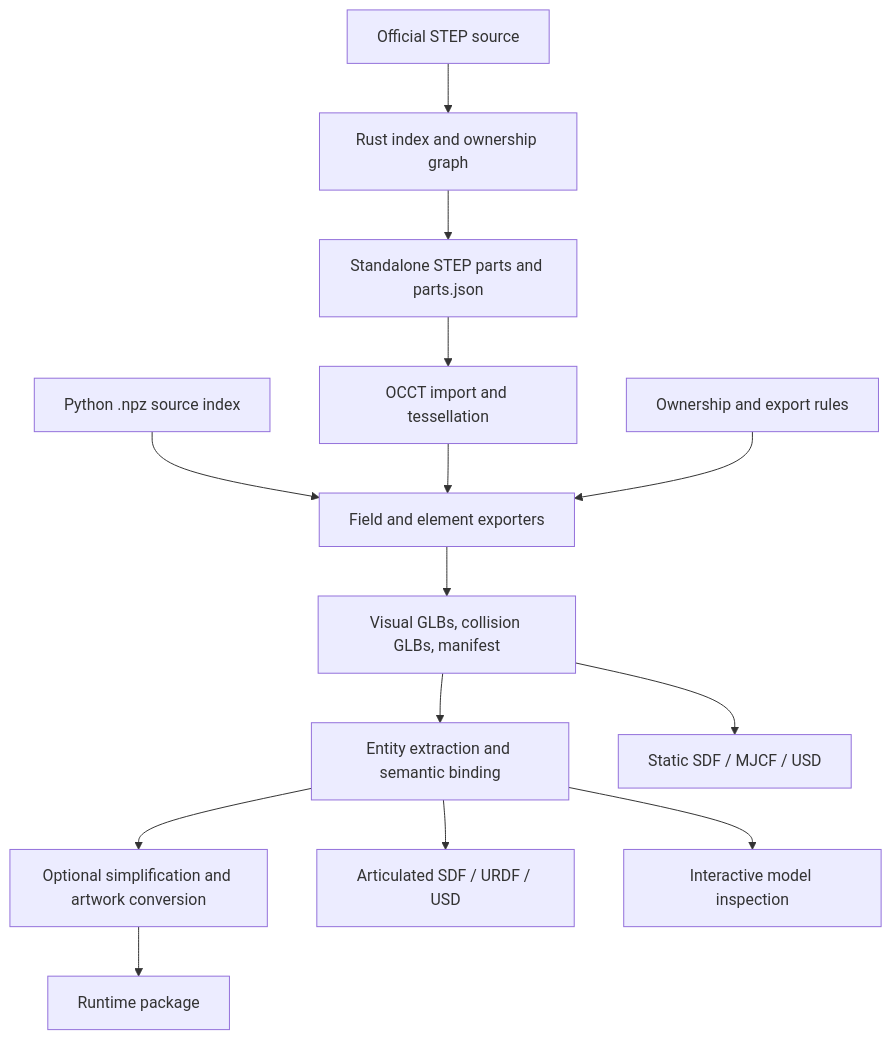
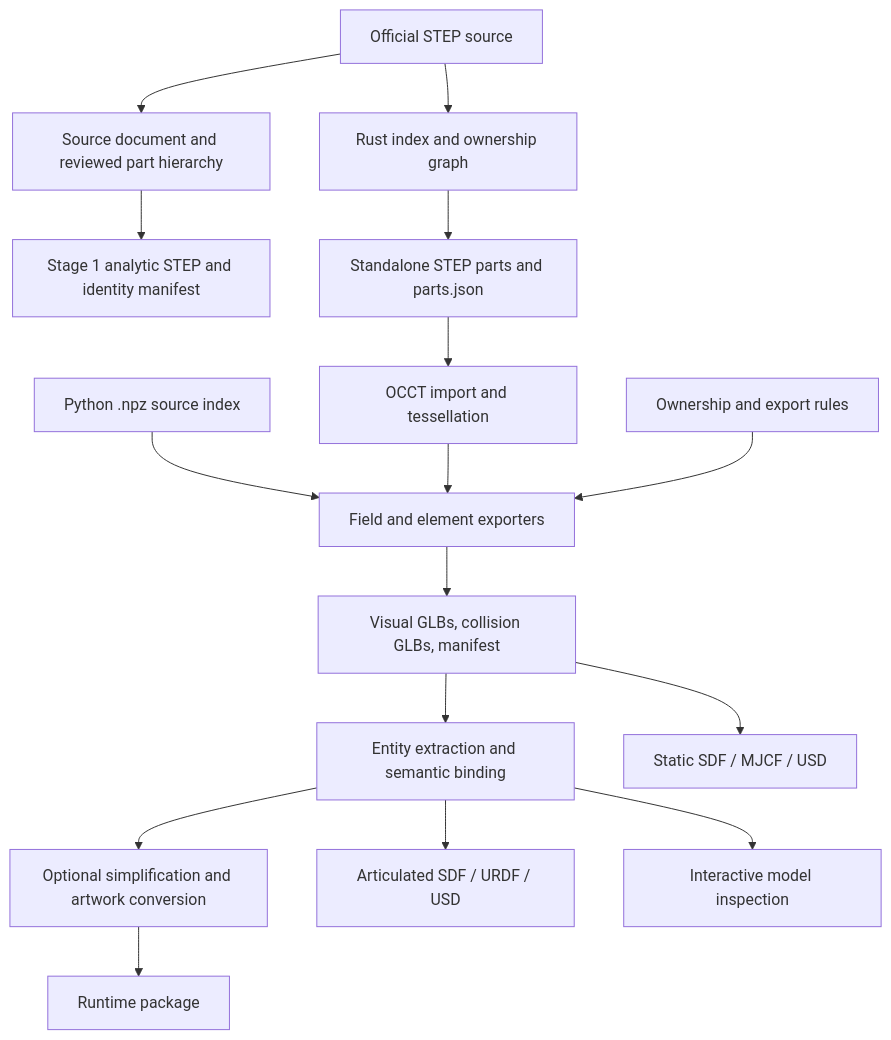
The diagram in docs/architecture.md (hxyulin/rm-map-tools), drawn with Mermaid before and after one commit. The commit also changed other lines of this file and 10 other files, not shown here.

Commit message:
feat(cad): publish reproducible stage-one hierarchy artifacts

````diff
--- a/docs/architecture.md
+++ b/docs/architecture.md
@@ -9,16 +9,18 @@
 ```mermaid
 flowchart TD
     STEP[Official STEP source] --> INDEX[Rust index and ownership graph]
+    STEP --> PREP[Source document and reviewed part hierarchy]
+    PREP --> CHECKPOINT[Stage 1 analytic STEP and identity manifest]
     INDEX --> SPLIT[Standalone STEP parts and parts.json]
     SPLIT --> OCCT[OCCT import and tessellation]
     NPZ[Python .npz source index] --> EXPORT[Field and element exporters]
     OCCT --> EXPORT
     RULES[Ownership and export rules] --> EXPORT
     EXPORT --> PKG[Visual GLBs, collision GLBs, manifest]
     PKG --> BIND[Entity extraction and semantic binding]
     BIND --> REDUCE[Optional simplification and artwork conversion]
     REDUCE --> RUNTIME[Runtime package]
     PKG --> STATIC[Static SDF / MJCF / USD]
     BIND --> JOINTS[Articulated SDF / URDF / USD]
     BIND --> PREVIEW[Interactive model inspection]
 ```
````
